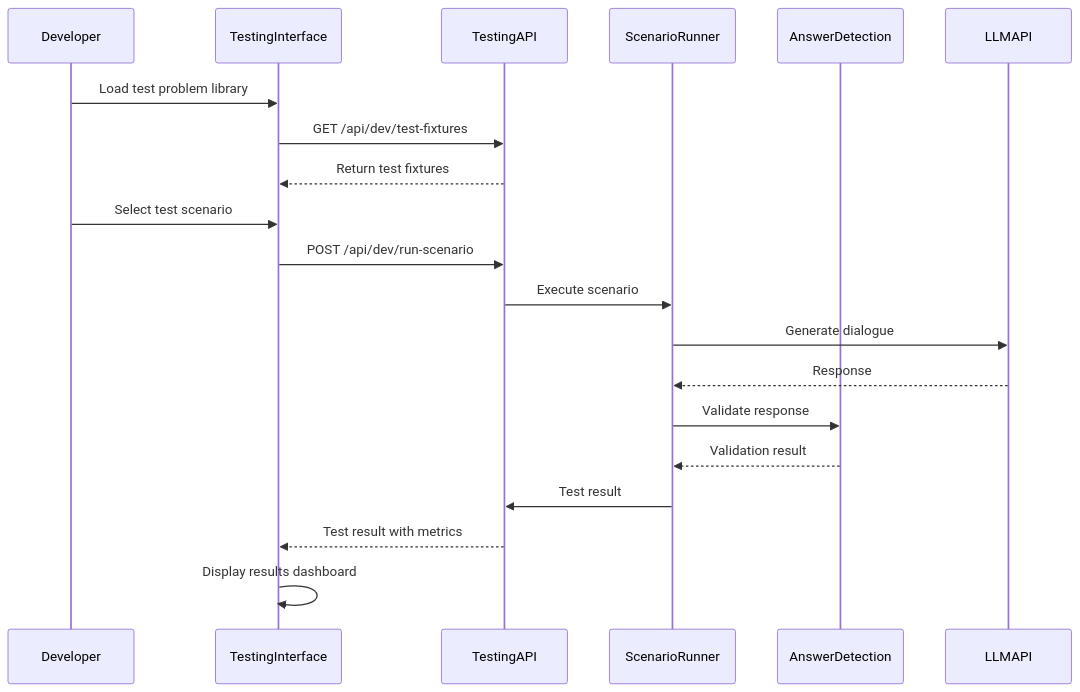
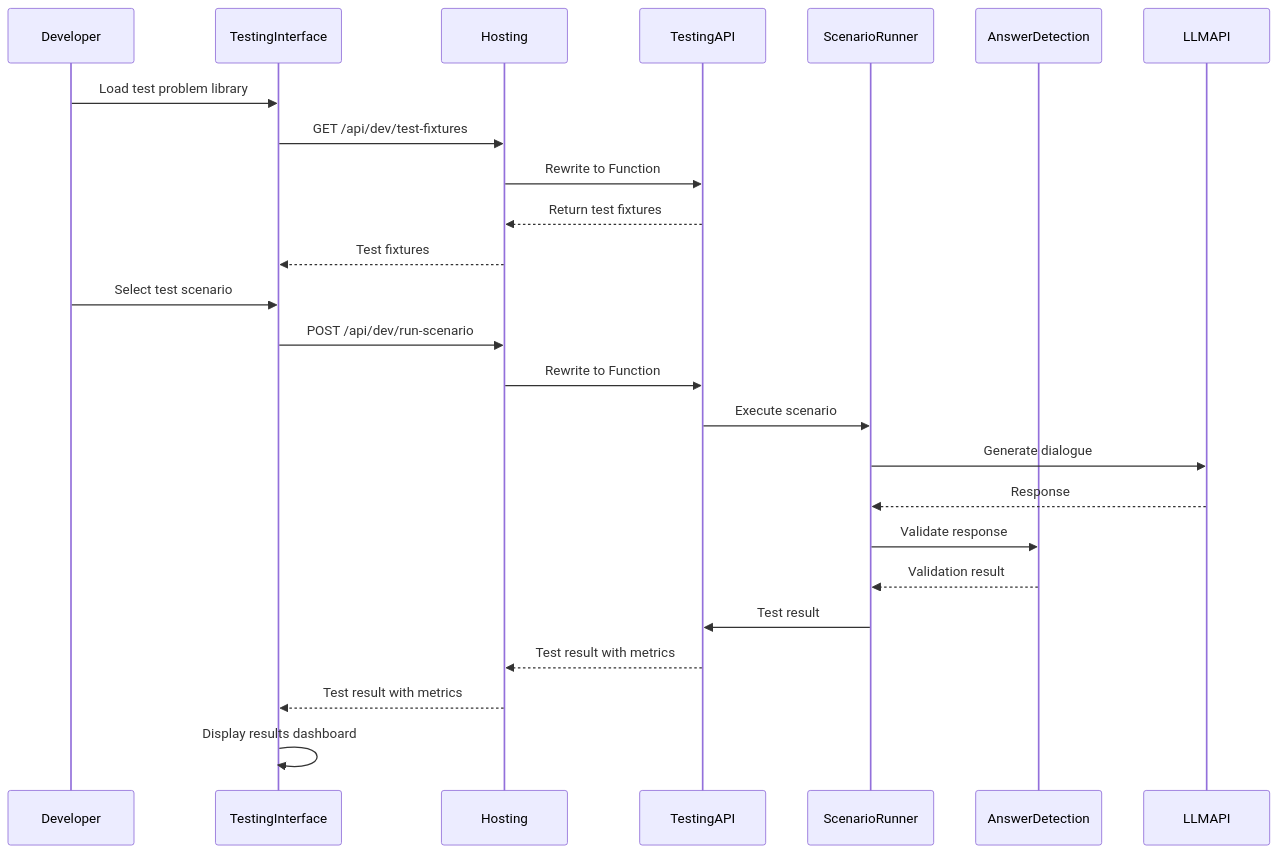
The sixth of 6 diagrams in docs/architecture.md (bluesam1/AI-Math-Tutor), drawn with Mermaid before and after one commit. The commit also changed other lines of this file and 42 other files, not shown here.

````diff
--- a/docs/architecture.md
+++ b/docs/architecture.md
@@ -2584,23 +2578,28 @@
 ```mermaid
 sequenceDiagram
     participant Developer
     participant TestingInterface
+    participant Hosting
     participant TestingAPI
     participant ScenarioRunner
     participant AnswerDetection
     participant LLMAPI
 
     Developer->>TestingInterface: Load test problem library
-    TestingInterface->>TestingAPI: GET /api/dev/test-fixtures
-    TestingAPI-->>TestingInterface: Return test fixtures
+    TestingInterface->>Hosting: GET /api/dev/test-fixtures
+    Hosting->>TestingAPI: Rewrite to Function
+    TestingAPI-->>Hosting: Return test fixtures
+    Hosting-->>TestingInterface: Test fixtures
     Developer->>TestingInterface: Select test scenario
-    TestingInterface->>TestingAPI: POST /api/dev/run-scenario
+    TestingInterface->>Hosting: POST /api/dev/run-scenario
+    Hosting->>TestingAPI: Rewrite to Function
     TestingAPI->>ScenarioRunner: Execute scenario
     ScenarioRunner->>LLMAPI: Generate dialogue
     LLMAPI-->>ScenarioRunner: Response
     ScenarioRunner->>AnswerDetection: Validate response
     AnswerDetection-->>ScenarioRunner: Validation result
     ScenarioRunner->>TestingAPI: Test result
-    TestingAPI-->>TestingInterface: Test result with metrics
+    TestingAPI-->>Hosting: Test result with metrics
+    Hosting-->>TestingInterface: Test result with metrics
     TestingInterface->>TestingInterface: Display results dashboard
 ```
````
